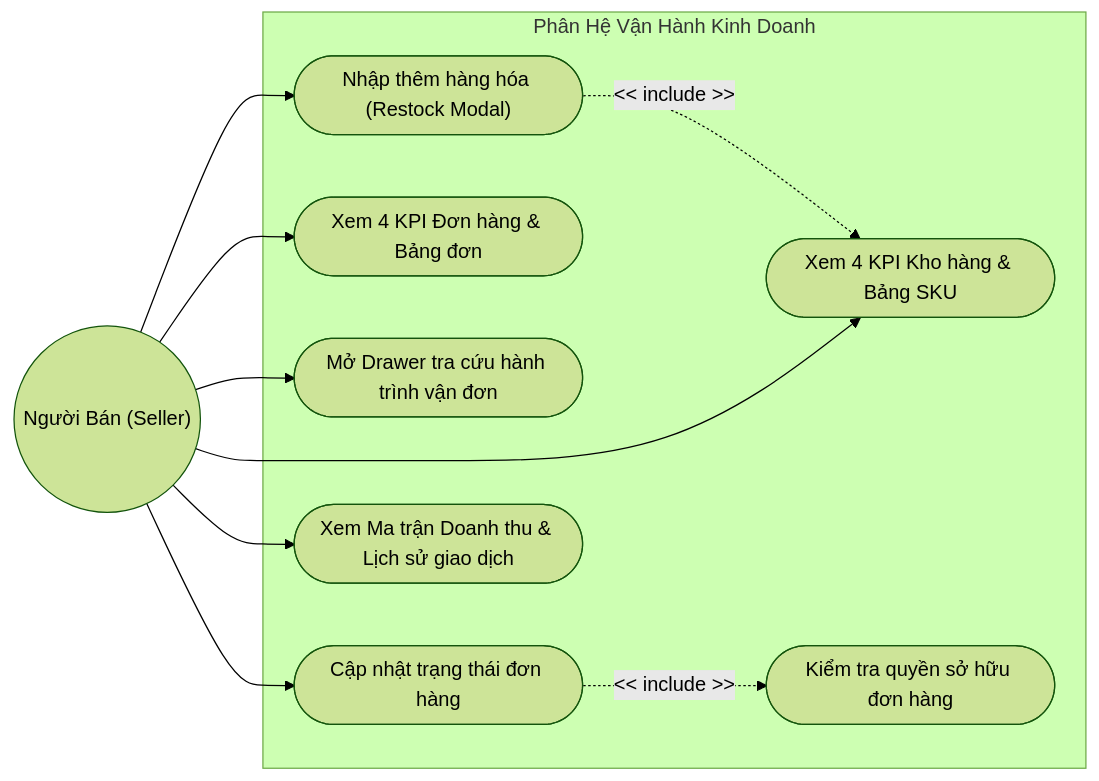
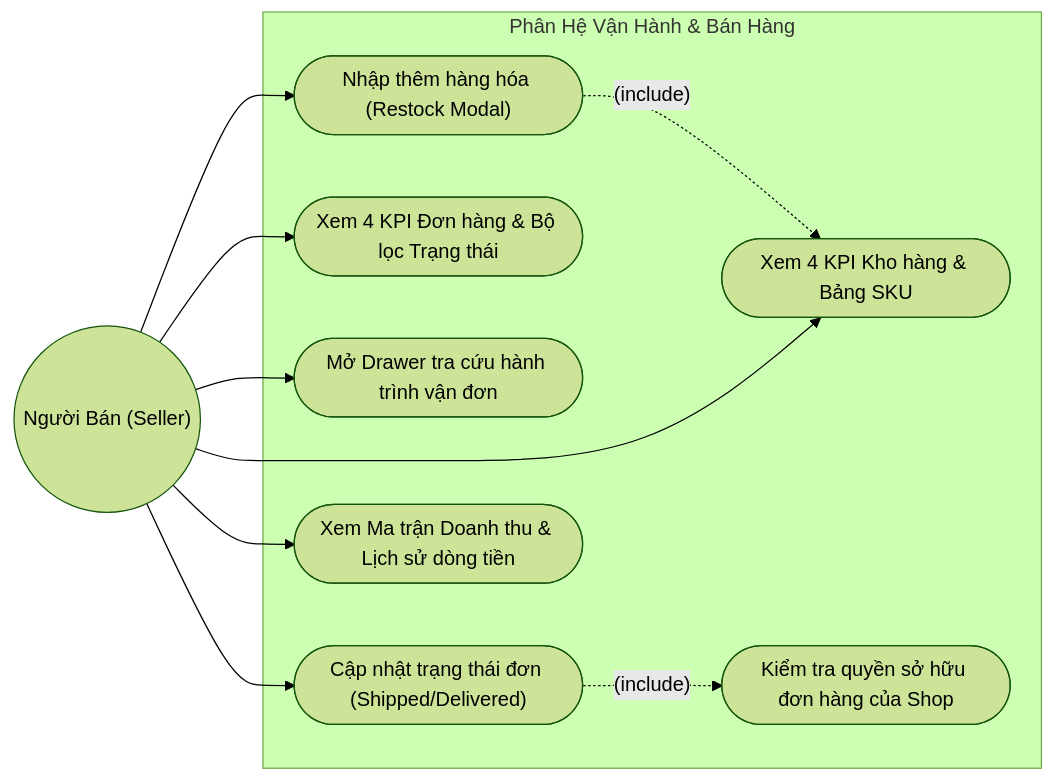
Before and after one commit to longthan12334/He-thong-thuong-mai-ien-tu-tich-hop-AI: the eighth of 16 diagrams in BAO_CAO_THIET_KE_HE_THONG.md, drawn with Mermaid (forest theme). The commit also changed other lines of this file, not shown here.

````diff
--- a/BAO_CAO_THIET_KE_HE_THONG.md
+++ b/BAO_CAO_THIET_KE_HE_THONG.md
@@ -263,24 +313,24 @@
 ```mermaid
 flowchart LR
     Seller(("Người Bán (Seller)"))
 
-    subgraph SellerContext ["Phân Hệ Vận Hành Kinh Doanh"]
+    subgraph SellerContext ["Phân Hệ Vận Hành & Bán Hàng"]
         S_UC1(["Xem 4 KPI Kho hàng & Bảng SKU"])
         S_UC2(["Nhập thêm hàng hóa (Restock Modal)"])
-        S_UC3(["Xem 4 KPI Đơn hàng & Bảng đơn"])
+        S_UC3(["Xem 4 KPI Đơn hàng & Bộ lọc Trạng thái"])
         S_UC4(["Mở Drawer tra cứu hành trình vận đơn"])
-        S_UC5(["Cập nhật trạng thái đơn hàng"])
-        S_UC6(["Kiểm tra quyền sở hữu đơn hàng"])
-        S_UC7(["Xem Ma trận Doanh thu & Lịch sử giao dịch"])
+        S_UC5(["Cập nhật trạng thái đơn (Shipped/Delivered)"])
+        S_UC6(["Kiểm tra quyền sở hữu đơn hàng của Shop"])
+        S_UC7(["Xem Ma trận Doanh thu & Lịch sử dòng tiền"])
 
-        S_UC2 -.->|<< include >>| S_UC1
-        S_UC5 -.->|<< include >>| S_UC6
+        S_UC2 -.->|"(include)"| S_UC1
+        S_UC5 -.->|"(include)"| S_UC6
     end
 
     Seller --> S_UC1
     Seller --> S_UC2
     Seller --> S_UC3
     Seller --> S_UC4
     Seller --> S_UC5
     Seller --> S_UC7
 ```
````
